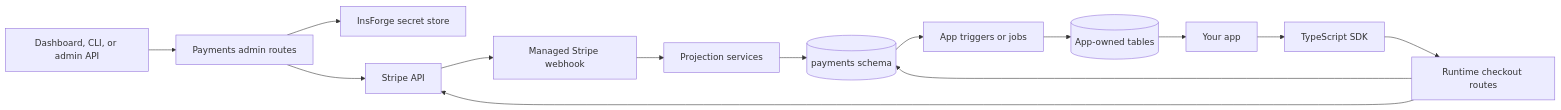
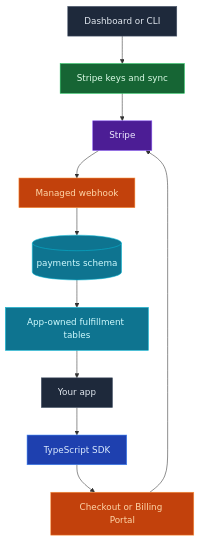
One commit to InsForge/InsForge changed the diagram in docs/core-concepts/payments/overview.mdx. Above: the diagram before and after it, drawn with Mermaid. The commit also changed other lines of this file and 16 other files, not shown here.

````diff
--- a/docs/core-concepts/payments/overview.mdx
+++ b/docs/core-concepts/payments/overview.mdx
@@ -15,19 +21,24 @@
 ```mermaid
-graph LR
-    Admin[Dashboard, CLI, or admin API] --> Control[Payments admin routes]
+graph TB
+    Admin[Dashboard or CLI] --> Config[Stripe keys and sync]
+    Config --> Stripe[Stripe]
+
     App[Your app] --> SDK[TypeScript SDK]
-    SDK --> Runtime[Runtime checkout routes]
+    SDK --> Checkout[Checkout or Billing Portal]
+    Checkout --> Stripe
 
-    Control --> Secrets[InsForge secret store]
-    Control --> Stripe[Stripe API]
-    Runtime --> Stripe
-    Runtime --> Payments[(payments schema)]
+    Stripe --> Webhook[Managed webhook]
+    Webhook --> Payments[(payments schema)]
+    Payments --> Fulfillment[App-owned fulfillment tables]
+    Fulfillment --> App
 
-    Stripe --> Webhook[Managed Stripe webhook]
-    Webhook --> Projection[Projection services]
-    Projection --> Payments
-
-    Payments --> Logic[App triggers or jobs]
-    Logic --> AppTables[(App-owned tables)]
-    AppTables --> App
+    style Admin fill:#1e293b,stroke:#475569,color:#e2e8f0
+    style Config fill:#166534,stroke:#22c55e,color:#dcfce7
+    style Stripe fill:#4c1d95,stroke:#8b5cf6,color:#ede9fe
+    style App fill:#1e293b,stroke:#475569,color:#e2e8f0
+    style SDK fill:#1e40af,stroke:#3b82f6,color:#dbeafe
+    style Checkout fill:#c2410c,stroke:#fb923c,color:#fed7aa
+    style Webhook fill:#c2410c,stroke:#fb923c,color:#fed7aa
+    style Payments fill:#0e7490,stroke:#06b6d4,color:#cffafe
+    style Fulfillment fill:#0e7490,stroke:#06b6d4,color:#cffafe
 ```
````
